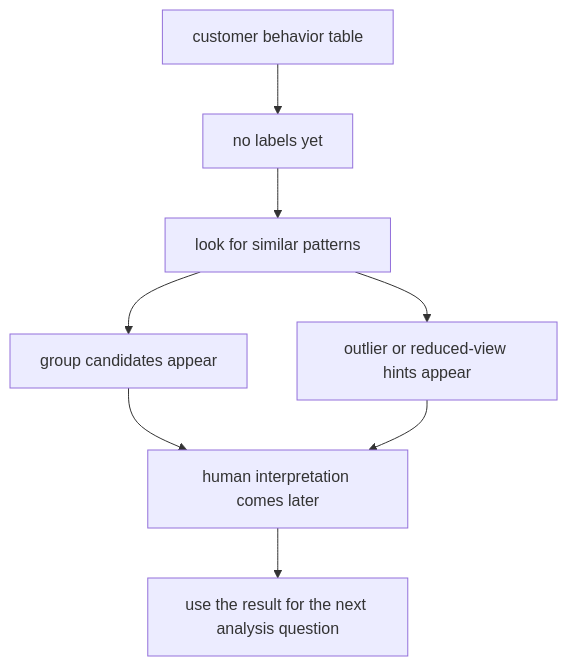
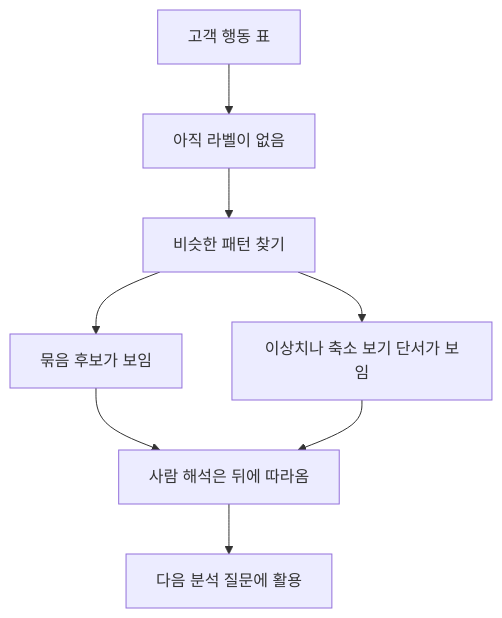
The third of 3 diagrams in docs/parts/part-04/chapter-02/section-02.md (devchan64/AiBook), drawn with Mermaid before and after one commit. The commit also changed other lines of this file and 21 other files, not shown here.

````diff
--- a/docs/parts/part-04/chapter-02/section-02.md
+++ b/docs/parts/part-04/chapter-02/section-02.md
@@ -217,17 +217,17 @@
 ```mermaid
 flowchart TD
-  A["customer behavior table"]
-  B["no labels yet"]
-  C["look for similar patterns"]
-  D["group candidates appear"]
-  E["outlier or reduced-view hints appear"]
-  F["human interpretation comes later"]
-  G["use the result for the next analysis question"]
+  A["고객 행동 표"]
+  B["아직 라벨이 없음"]
+  C["비슷한 패턴 찾기"]
+  D["묶음 후보가 보임"]
+  E["이상치나 축소 보기 단서가 보임"]
+  F["사람 해석은 뒤에 따라옴"]
+  G["다음 분석 질문에 활용"]
 
   A --> B --> C
   C --> D
   C --> E
   D --> F
   E --> F
   F --> G
 ```
````
